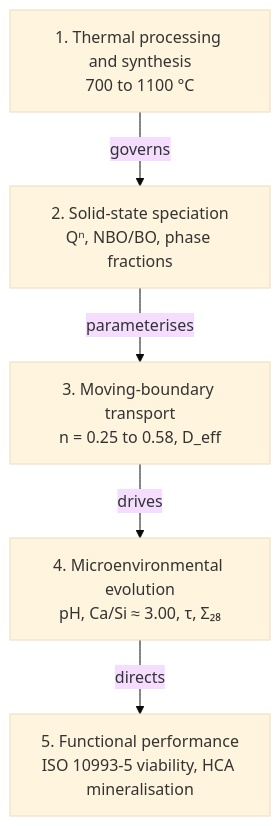
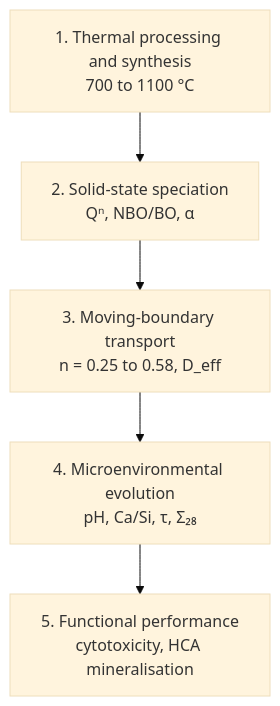
One commit to andualembelachew2/KineticAI-AWGC changed the diagram in docs/project_summary.md. Above: the diagram before and after it, drawn with Mermaid (base theme). The commit also changed other lines of this file, not shown here.

````diff
--- a/docs/project_summary.md
+++ b/docs/project_summary.md
@@ -25,7 +25,7 @@
 ```mermaid
 flowchart TD
-    A["1. Thermal processing and synthesis<br/>700 to 1100 °C"] -->|governs| B["2. Solid-state speciation<br/>Qⁿ, NBO/BO, phase fractions"]
-    B -->|parameterises| C["3. Moving-boundary transport<br/>n = 0.25 to 0.58, D_eff"]
-    C -->|drives| D["4. Microenvironmental evolution<br/>pH, Ca/Si ≈ 3.00, τ, Σ₂₈"]
-    D -->|directs| E["5. Functional performance<br/>ISO 10993-5 viability, HCA mineralisation"]
+    S1["1. Thermal processing and synthesis<br/>700 to 1100 °C"] --> S2["2. Solid-state speciation<br/>Qⁿ, NBO/BO, α"]
+    S2 --> S3["3. Moving-boundary transport<br/>n = 0.25 to 0.58, D_eff"]
+    S3 --> S4["4. Microenvironmental evolution<br/>pH, Ca/Si, τ, Σ₂₈"]
+    S4 --> S5["5. Functional performance<br/>cytotoxicity, HCA mineralisation"]
 ```
````
